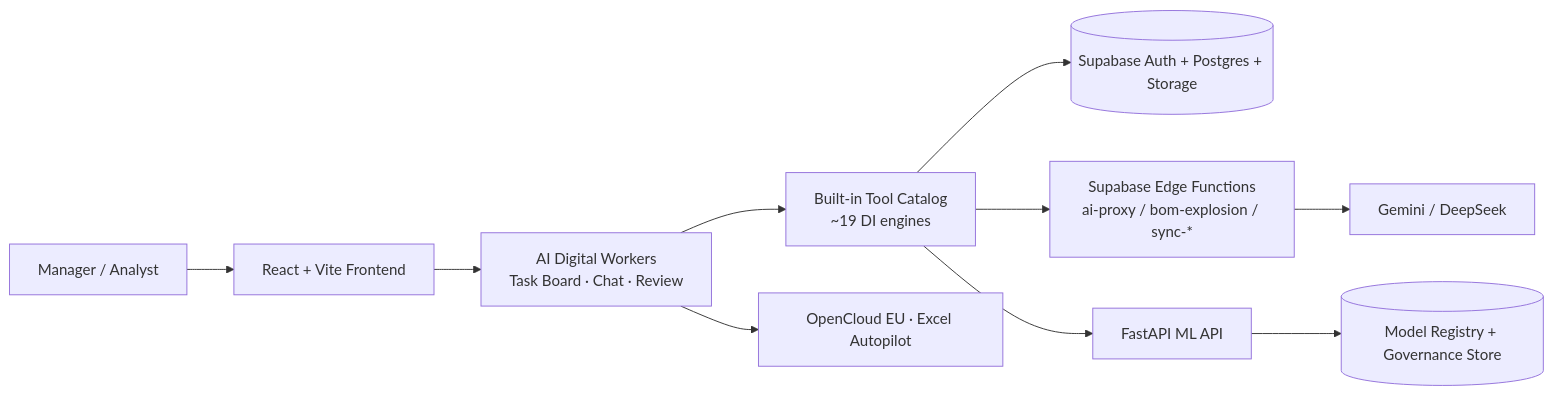
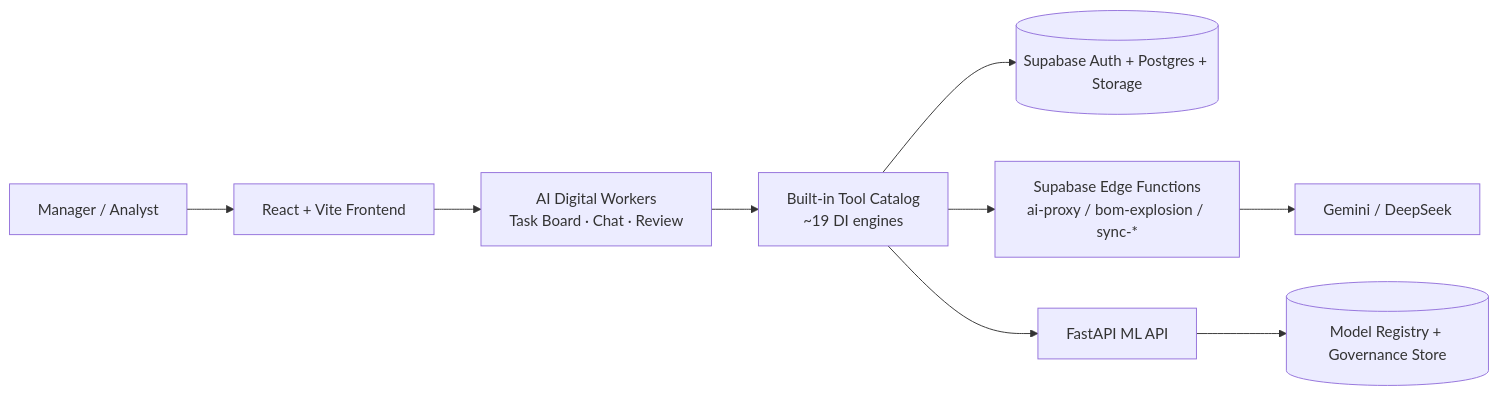
One commit to a8594755-maker/Decision-Intelligence- changed the diagram in README.md. Above: the diagram before and after it, drawn with Mermaid. The commit also changed other lines of this file and 305 other files, not shown here.

Commit message:
feat: harden digital worker workflows and retire OpenCloud

````diff
--- a/README.md
+++ b/README.md
@@ -84,12 +84,11 @@
 ```mermaid
 flowchart LR
     M[Manager / Analyst] --> FE[React + Vite Frontend]
     FE --> WK[AI Digital Workers<br/>Task Board · Chat · Review]
     WK --> TC[Built-in Tool Catalog<br/>~19 DI engines]
     TC --> SB[(Supabase Auth + Postgres + Storage)]
     TC --> EF[Supabase Edge Functions<br/>ai-proxy / bom-explosion / sync-*]
     TC --> ML[FastAPI ML API]
     EF --> LLM[Gemini / DeepSeek]
     ML --> REG[(Model Registry + Governance Store)]
-    WK --> OC[OpenCloud EU · Excel Autopilot]
 ```
````
